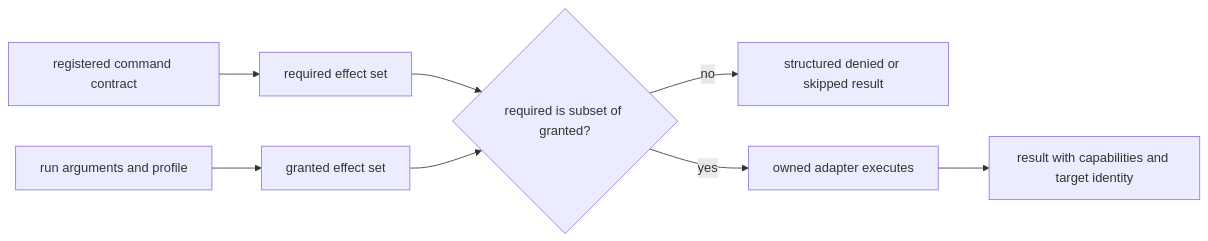
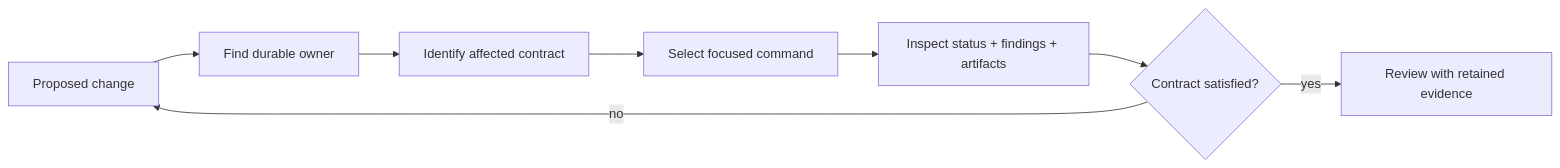
One commit to bijux/bijux-atlas changed the second of 2 diagrams in docs/bijux-atlas-dev/index.md. Above: the diagram before and after it, drawn with Mermaid. The commit also changed other lines of this file and 2 other files, not shown here.

Commit message:
docs(maintainers): route changes through owned controls

````diff
--- a/docs/bijux-atlas-dev/index.md
+++ b/docs/bijux-atlas-dev/index.md
@@ -127,10 +35,10 @@
 ```mermaid
 flowchart LR
-    Contract[registered command contract] --> Required[required effect set]
-    Request[run arguments and profile] --> Granted[granted effect set]
-    Required --> Gate{required is subset of granted?}
-    Granted --> Gate
-    Gate -->|no| Denied[structured denied or skipped result]
-    Gate -->|yes| Execute[owned adapter executes]
-    Execute --> Receipt[result with capabilities and target identity]
+    Change[Proposed change] --> Owner[Find durable owner]
+    Owner --> Contract[Identify affected contract]
+    Contract --> Command[Select focused command]
+    Command --> Report[Inspect status + findings + artifacts]
+    Report --> Decision{Contract satisfied?}
+    Decision -->|no| Change
+    Decision -->|yes| Review[Review with retained evidence]
 ```
````
